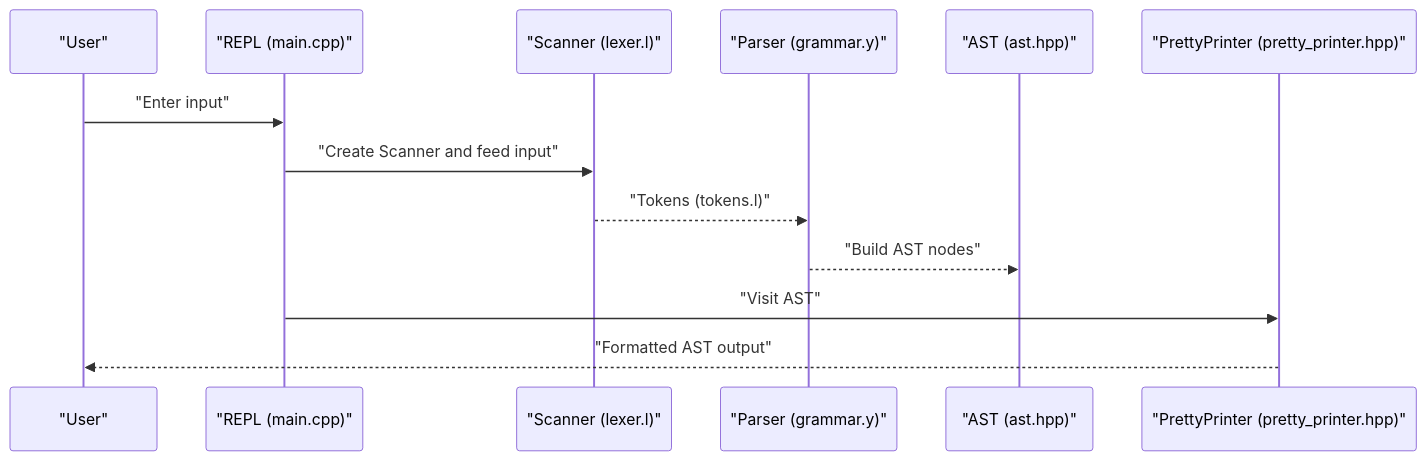
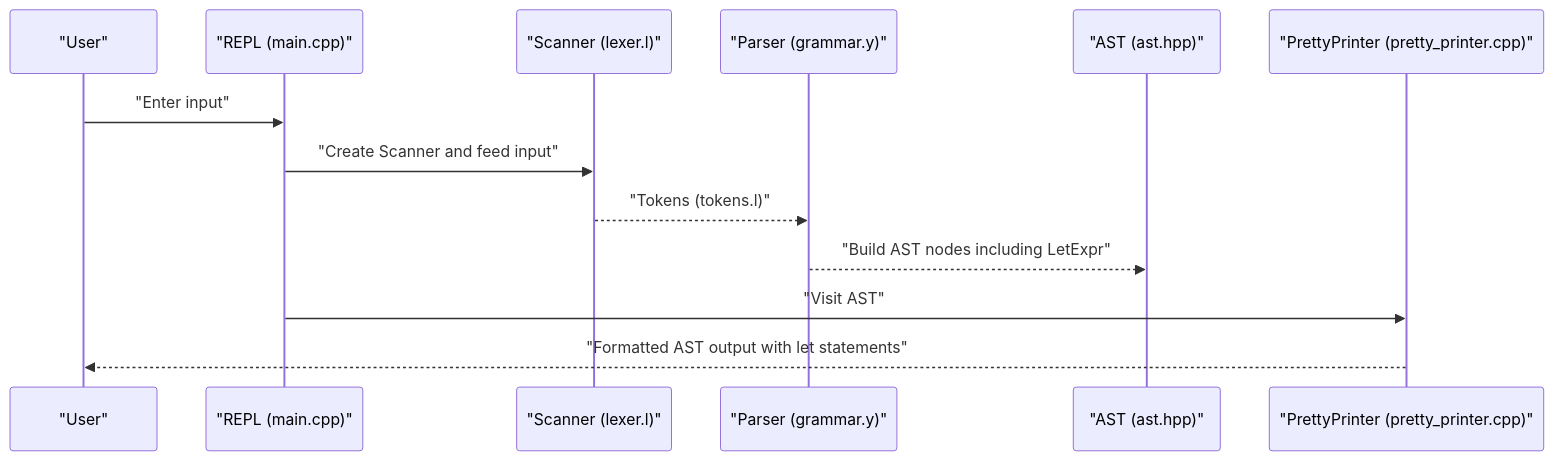
The second of 4 diagrams in .qoder/repowiki/en/content/Language Specification.md (littlebirds/modern_bision), drawn with Mermaid before and after one commit. The commit also changed other lines of this file and 7 other files, not shown here.

````diff
--- a/.qoder/repowiki/en/content/Language Specification.md
+++ b/.qoder/repowiki/en/content/Language Specification.md
@@ -102,15 +109,15 @@
 ```mermaid
 sequenceDiagram
 participant User as "User"
 participant REPL as "REPL (main.cpp)"
 participant Scanner as "Scanner (lexer.l)"
 participant Parser as "Parser (grammar.y)"
 participant AST as "AST (ast.hpp)"
-participant Printer as "PrettyPrinter (pretty_printer.hpp)"
+participant Printer as "PrettyPrinter (pretty_printer.cpp)"
 User->>REPL : "Enter input"
 REPL->>Scanner : "Create Scanner and feed input"
 Scanner-->>Parser : "Tokens (tokens.l)"
-Parser-->>AST : "Build AST nodes"
+Parser-->>AST : "Build AST nodes including LetExpr"
 REPL->>Printer : "Visit AST"
-Printer-->>User : "Formatted AST output"
+Printer-->>User : "Formatted AST output with let statements"
 ```
````
